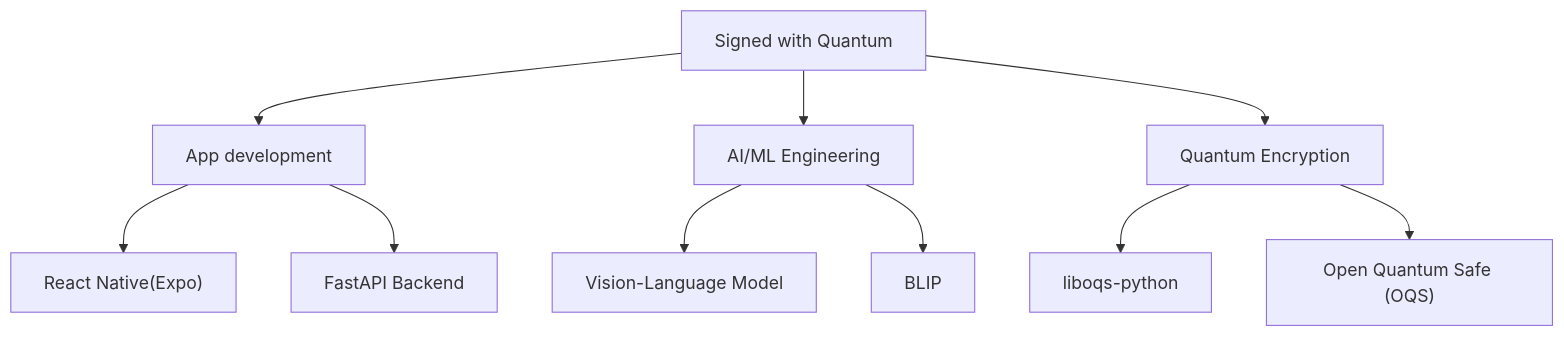
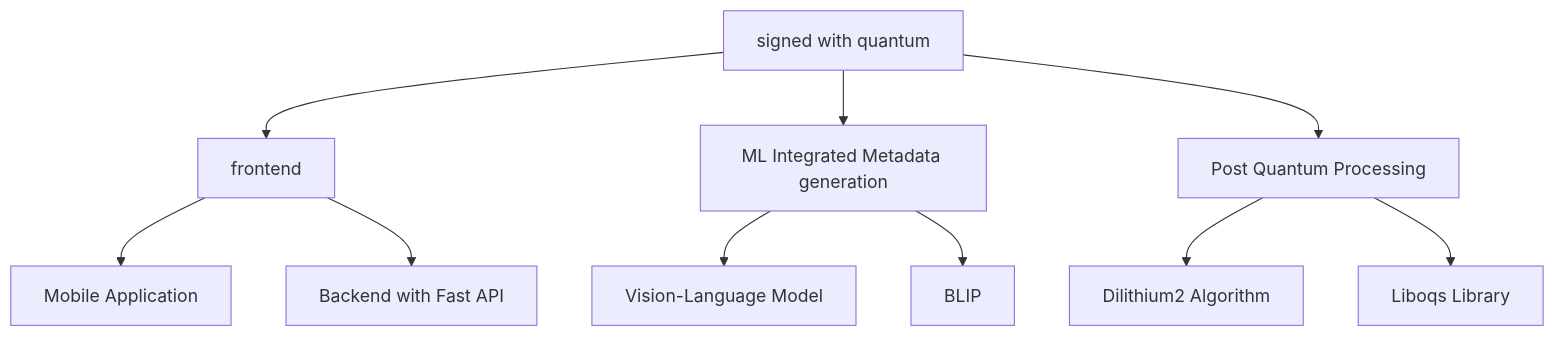
One commit to raptor7197/signed-with-quantum changed the diagram in README.md. Above: the diagram before and after it, drawn with Mermaid. The commit also changed other lines of this file and 2 other files, not shown here.

Commit message:
Readme Update

````diff
--- a/README.md
+++ b/README.md
@@ -20,15 +20,15 @@
 ```mermaid
 graph TD;
-A["Signed with Quantum"] --> B["App development"]
-A --> C["AI/ML Engineering"]
-A --> D["Quantum Encryption"]
+A["signed with quantum"] --> B["frontend"]
+A --> C["ML Integrated Metadata generation"]
+A --> D["Post Quantum Processing"]
 
-B --> B1["React Native(Expo)"]
-B --> B2["FastAPI Backend"]
+B --> B1["Mobile Application"]
+B --> B2["Backend with Fast API"]
 
 C --> C1["Vision-Language Model"]
 C --> C2["BLIP"]
 
-D --> D1["liboqs-python"]
-D --> D2["Open Quantum Safe (OQS)"]
+D --> D1["Dilithium2 Algorithm"]
+D --> D2["Liboqs Library "]
 ```
````
